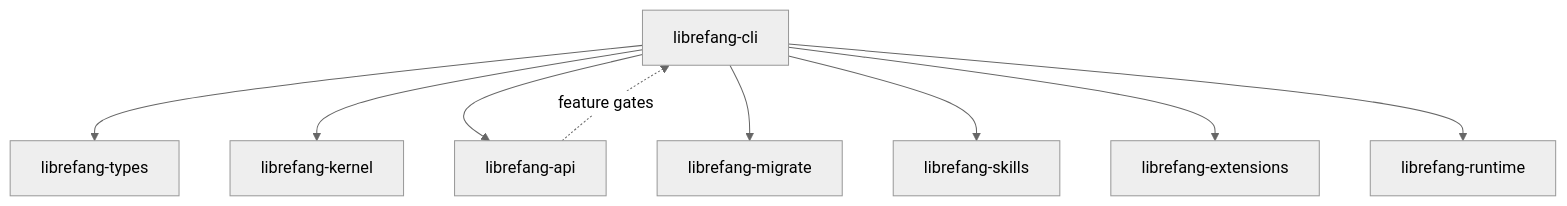
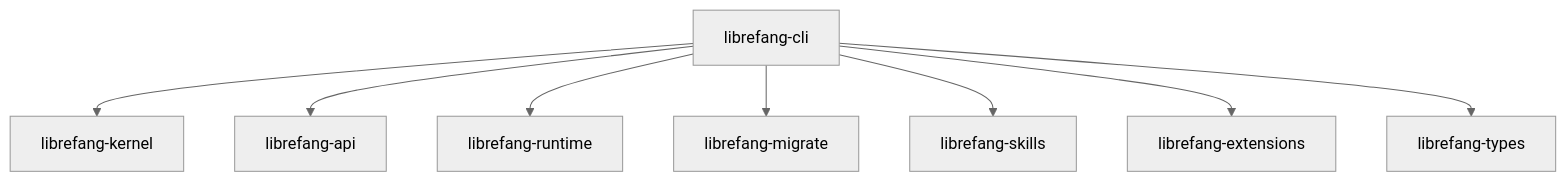
The diagram in other-librefang-cli.md (leszek3737/librefang-WIki), drawn with Mermaid (neutral theme) before and after one commit. The commit also changed other lines of this file and 120 other files, not shown here.

````diff
--- a/other-librefang-cli.md
+++ b/other-librefang-cli.md
@@ -34,11 +11,10 @@
 ```mermaid
 graph TD
-    CLI[librefang-cli] --> TYPES[librefang-types]
-    CLI --> KERNEL[librefang-kernel]
+    CLI[librefang-cli] --> Kernel[librefang-kernel]
     CLI --> API[librefang-api]
-    CLI --> MIGRATE[librefang-migrate]
-    CLI --> SKILLS[librefang-skills]
-    CLI --> EXT[librefang-extensions]
-    CLI --> RUNTIME[librefang-runtime]
-    API -.->|feature gates| CLI
+    CLI --> Runtime[librefang-runtime]
+    CLI --> Migrate[librefang-migrate]
+    CLI --> Skills[librefang-skills]
+    CLI --> Extensions[librefang-extensions]
+    CLI --> Types[librefang-types]
 ```
````
